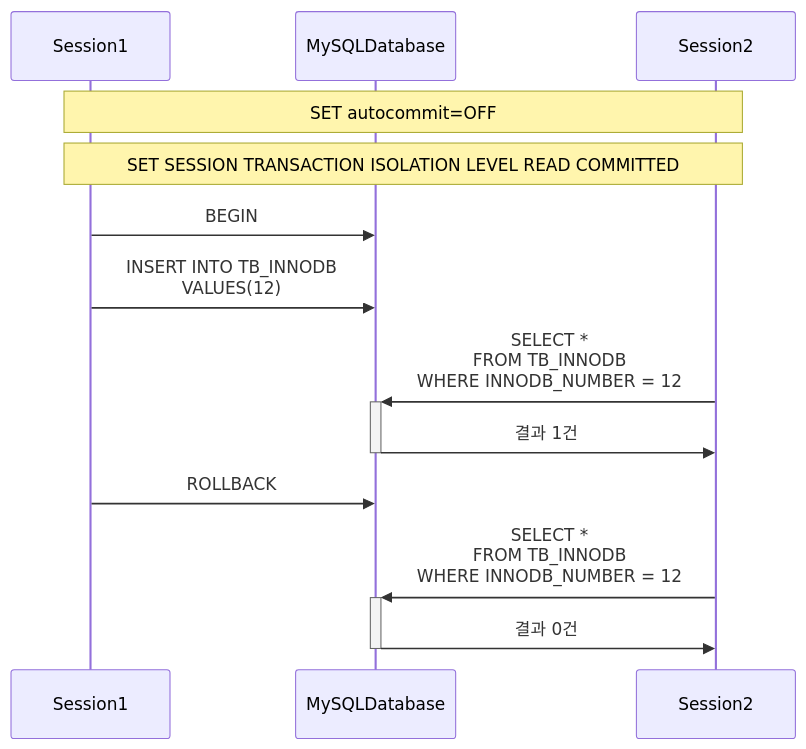
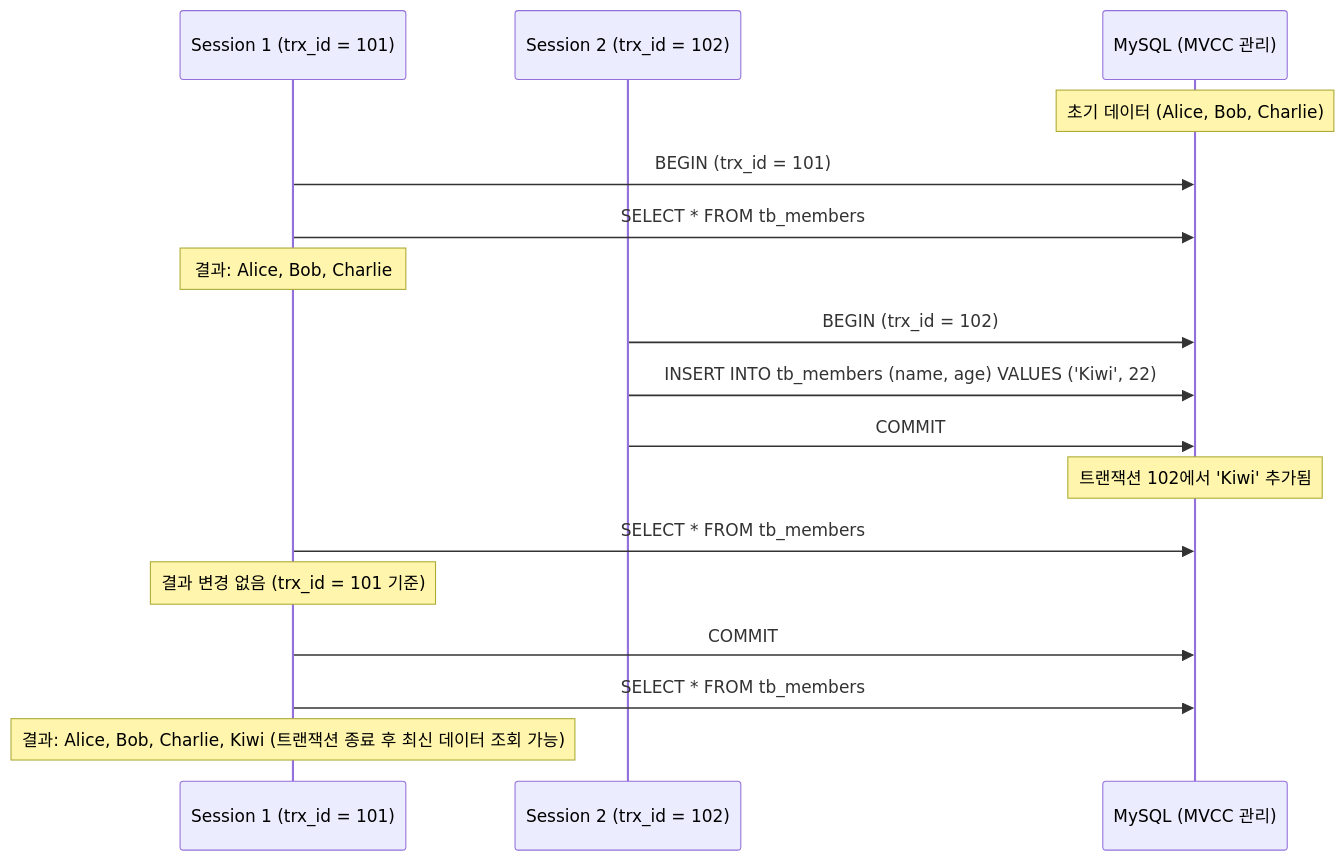
Before and after one commit to lkdcode/RepositoLee-SQL: the fourth of 4 diagrams in 8.TransactionIsolation/README.md, drawn with Mermaid. The commit also changed other lines of this file, not shown here.

First line of the commit message:
Feat(:Transaction-Isolation) add READ COMMITTED, READ UNCOMMITED

````diff
--- a/8.TransactionIsolation/README.md
+++ b/8.TransactionIsolation/README.md
@@ -95,19 +202,25 @@
 ```mermaid
+
 sequenceDiagram
-    participant Session1
-    participant MySQLDatabase
-    participant Session2
-    Note over Session1, Session2: SET autocommit=OFF
-    Note over Session1, Session2: SET SESSION TRANSACTION ISOLATION LEVEL READ COMMITTED
+    participant Session1 as Session 1 (trx_id = 101)
+    participant Session2 as Session 2 (trx_id = 102)
+    participant MySQL as MySQL (MVCC 관리)
 
-    Session1 ->>MySQLDatabase: BEGIN
-    Session1 ->>MySQLDatabase: INSERT INTO TB_INNODB<br/>VALUES(12)
+    Note over MySQL: 초기 데이터 (Alice, Bob, Charlie)
 
-    Session2 ->>+MySQLDatabase: SELECT * <br/>FROM TB_INNODB<br/>WHERE INNODB_NUMBER = 12
-    MySQLDatabase ->>-Session2: 결과 1건
-
-    Session1 ->>MySQLDatabase: ROLLBACK
-
-    Session2 ->>+MySQLDatabase: SELECT * <br/>FROM TB_INNODB<br/>WHERE INNODB_NUMBER = 12
-    MySQLDatabase ->>-Session2: 결과 0건
+    Session1->>MySQL: BEGIN  (trx_id = 101)
+    Session1->>MySQL: SELECT * FROM tb_members
+    Note over Session1: 결과: Alice, Bob, Charlie
+    
+    Session2->>MySQL: BEGIN (trx_id = 102)
+    Session2->>MySQL: INSERT INTO tb_members (name, age) VALUES ('Kiwi', 22)
+    Session2->>MySQL: COMMIT
+    Note over MySQL: 트랜잭션 102에서 'Kiwi' 추가됨
+    
+    Session1->>MySQL: SELECT * FROM tb_members
+    Note over Session1: 결과 변경 없음 (trx_id = 101 기준)
+ 
+    Session1->>MySQL: COMMIT
+    Session1->>MySQL: SELECT * FROM tb_members
+    Note over Session1: 결과: Alice, Bob, Charlie, Kiwi (트랜잭션 종료 후 최신 데이터 조회 가능)
 ```
````
